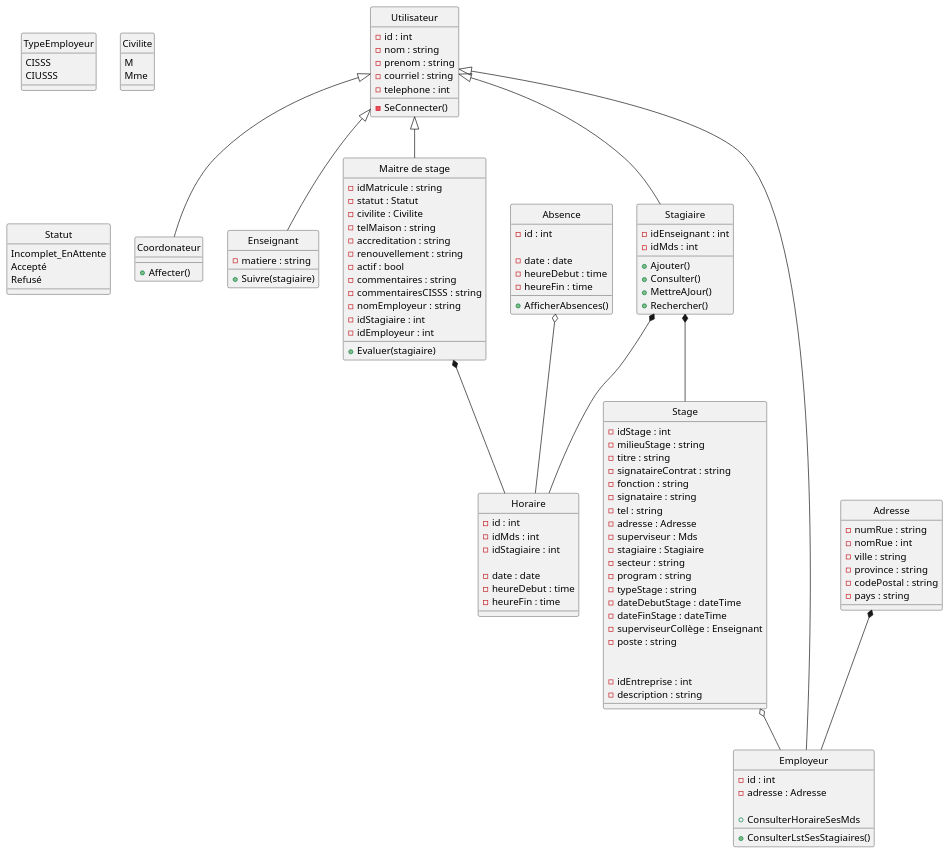
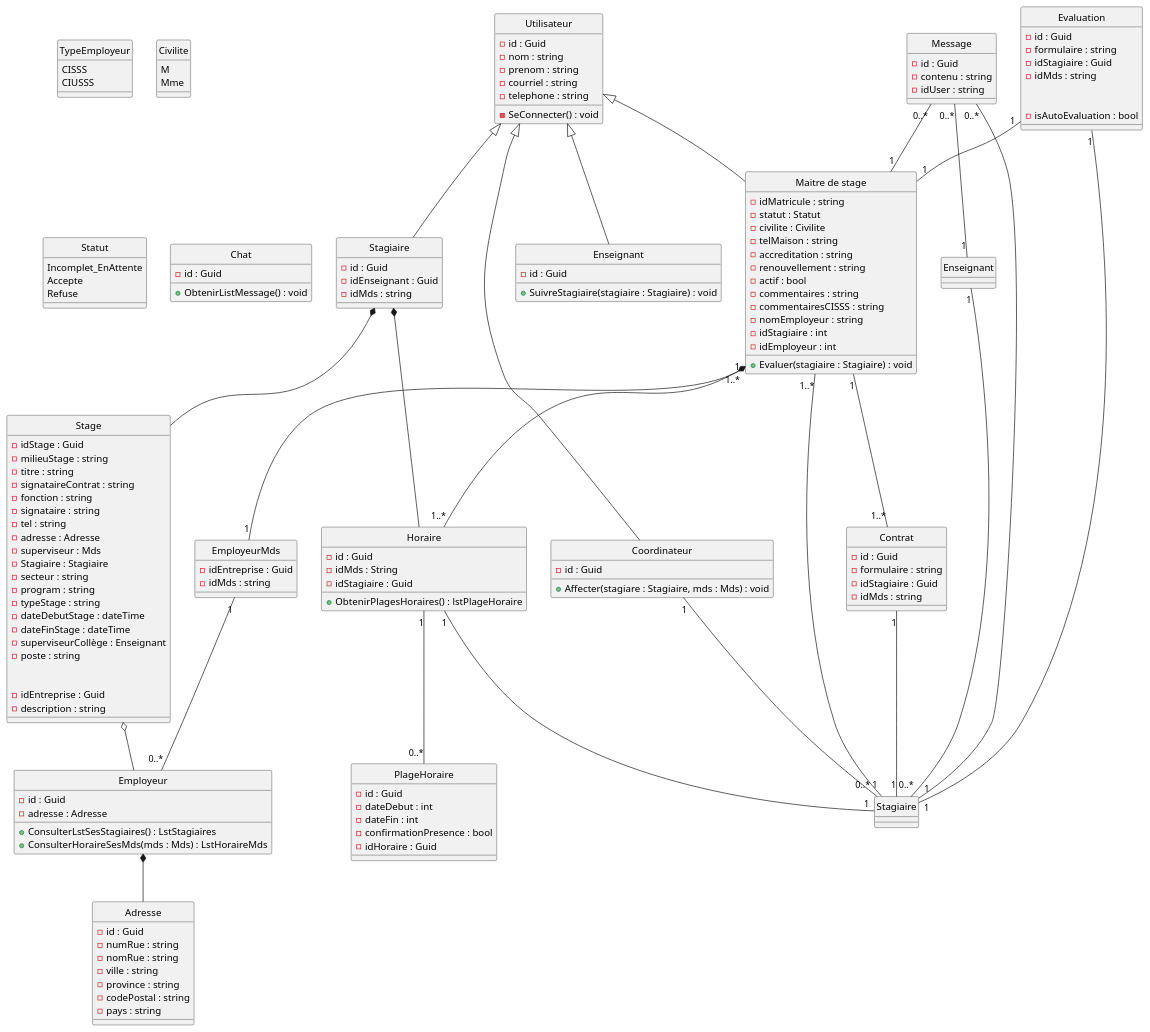
Before and after one commit to thatscringebro/SPU: the diagram in Analyse/diagrammeClasse.md, drawn with PlantUML.

Commit message:
analyse temporaire

```diff
--- a/Analyse/diagrammeClasse.md
+++ b/Analyse/diagrammeClasse.md
@@ -7,26 +7,26 @@
 
 
 class "Utilisateur" AS User {
-    - id : int 
+    - id : Guid 
     - nom : string
     - prenom : string
     - courriel : string 
-    - telephone : int
-    - SeConnecter()
+    - telephone : string
+    - SeConnecter() : void
 
 }
 
-class "Coordonateur" AS Co {
-    + Affecter()
+class "Coordinateur" AS Co {
+    - id : Guid 
+    + Affecter(stagiare : Stagiaire, mds : Mds) : void
 }
 
 class "Enseignant" AS Ens {
-    - matiere : string
-    + Suivre(stagiaire)
+    - id : Guid 
+    + SuivreStagiaire(stagiaire : Stagiaire) : void
 }
 
 class "Maitre de stage" AS Mds {
-    + Evaluer(stagiaire)
     - idMatricule : string
     - statut : Statut
     - civilite : Civilite
@@ -40,6 +40,7 @@
     - idStagiaire : int
     - idEmployeur : int
     
+    + Evaluer(stagiaire : Stagiaire) : void
 }
 
 enum TypeEmployeur {
@@ -54,22 +55,22 @@
 
 enum Statut {
     Incomplet_EnAttente
-    Accepté
-    Refusé
+    Accepte
+    Refuse
 }
 
 class "Stagiaire" AS St{
-    - idEnseignant : int
-    - idMds : int
+    - id : Guid 
+    - idEnseignant : Guid 
+    - idMds : string
 
-    + Ajouter()
-    + Consulter()
-    + MettreAJour()
-    + Rechercher()
+    '+ ConsulterStage()
+    '+ MettreAJourInfos()
+    '+ Rechercher()
 }
 
 class Stage {
-    - idStage : int
+    - idStage : Guid 
     - milieuStage : string
     - titre : string
     - signataireContrat : string
@@ -78,7 +79,7 @@
     - tel : string
     - adresse : Adresse
     - superviseur : Mds
-    - stagiaire : Stagiaire
+    - Stagiaire : Stagiaire
     - secteur : string
     - program : string
     - typeStage : string
@@ -88,13 +89,14 @@
     - poste : string
 
 
-    - idEntreprise : int
+    - idEntreprise : Guid 
     - description : string
 }
 
 class Adresse {
+    - id : Guid 
     - numRue : string
-    - nomRue : int
+    - nomRue : string
     - ville : string
     - province : string 
     - codePostal : string
@@ -102,48 +104,99 @@
 }
 
 class "Employeur" AS Emp {
-    - id : int
+    - id : Guid 
     - adresse : Adresse
 
-    + ConsulterLstSesStagiaires()
-    + ConsulterHoraireSesMds
+    + ConsulterLstSesStagiaires() : LstStagiaires
+    + ConsulterHoraireSesMds(mds : Mds) : LstHoraireMds
 }
 
 class Horaire {
-    - id : int
-    - idMds : int
-    - idStagiaire : int
+    - id : Guid 
+    - idMds : String
+    - idStagiaire : Guid 
 
-    - date : date
-    - heureDebut : time
-    - heureFin : time
+    + ObtenirPlagesHoraires() : lstPlageHoraire
 }
 
-class Absence {
-    - id : int
-
-    - date : date
-    - heureDebut : time
-    - heureFin : time
-
-    + AfficherAbsences()
+class PlageHoraire {
+    - id : Guid 
+    - dateDebut : int
+    - dateFin : int
+    - confirmationPresence : bool
+    - idHoraire : Guid 
 }
 
+class Message {
+    - id : Guid 
+    - contenu : string
+    '- dateHeure : string? dateTime
+    - idUser : string
+}
+
+class Evaluation {
+    - id : Guid 
+    - formulaire : string
+    - idStagiaire : Guid 
+    - idMds : string
+
+
+    - isAutoEvaluation : bool
+}
+
+class Contrat {
+    - id : Guid 
+    - formulaire : string
+    - idStagiaire : Guid 
+    - idMds : string
+}
+
+class EmployeurMds {
+    - idEntreprise : Guid 
+    - idMds : string
+}
+
+class Chat {
+    - id : Guid
+    + ObtenirListMessage() : void
+}
 
 User <|-- Co
 User <|-- Ens
 User <|-- Mds
 User <|-- St
-User <|-- Emp
+'User <|-- Emp
 
 St *-- Stage
-
-Adresse *-- Emp 
+Emp *-- Adresse
 Stage o-- Emp 
 
-Mds *-- Horaire
+Message "0..*" -- "1" Mds
+Evaluation "1" -- "1" Mds 
+Mds "1" -- "1..*" Contrat
+
+Mds "1..*" -- "1" Stagiaire
+Mds "1" *-- "1..*" Horaire
 St *-- Horaire
-Absence o-- Horaire
+
+Horaire "1" -- "0..*" PlageHoraire
+
+Mds "1..*" -- "1" EmployeurMds
+EmployeurMds "1" -- "0..*"Emp
+
+Enseignant "1" -- "0..*" Stagiaire
+
+Message "0..*" -- "1" Stagiaire
+
+Message "0..*" -- "1" Enseignant
+
+Evaluation "1" -- "1" Stagiaire
+
+Contrat "1" -- "1" Stagiaire
+
+Horaire "1" -- "1" Stagiaire
+
+Co "1" -- "0..*" Stagiaire
 
 'agrégation (o--) = disposable, pas dépendant
 'composition (*--) = obligé d'avoir un
```
